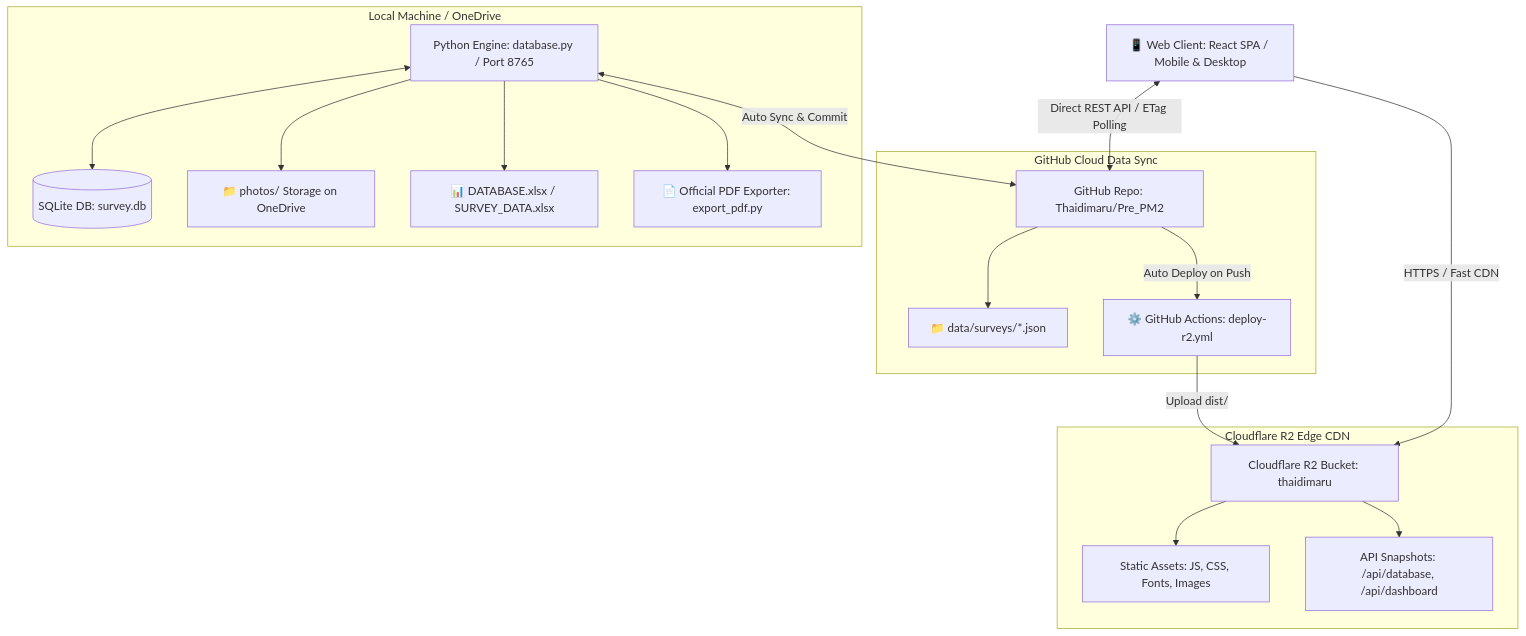
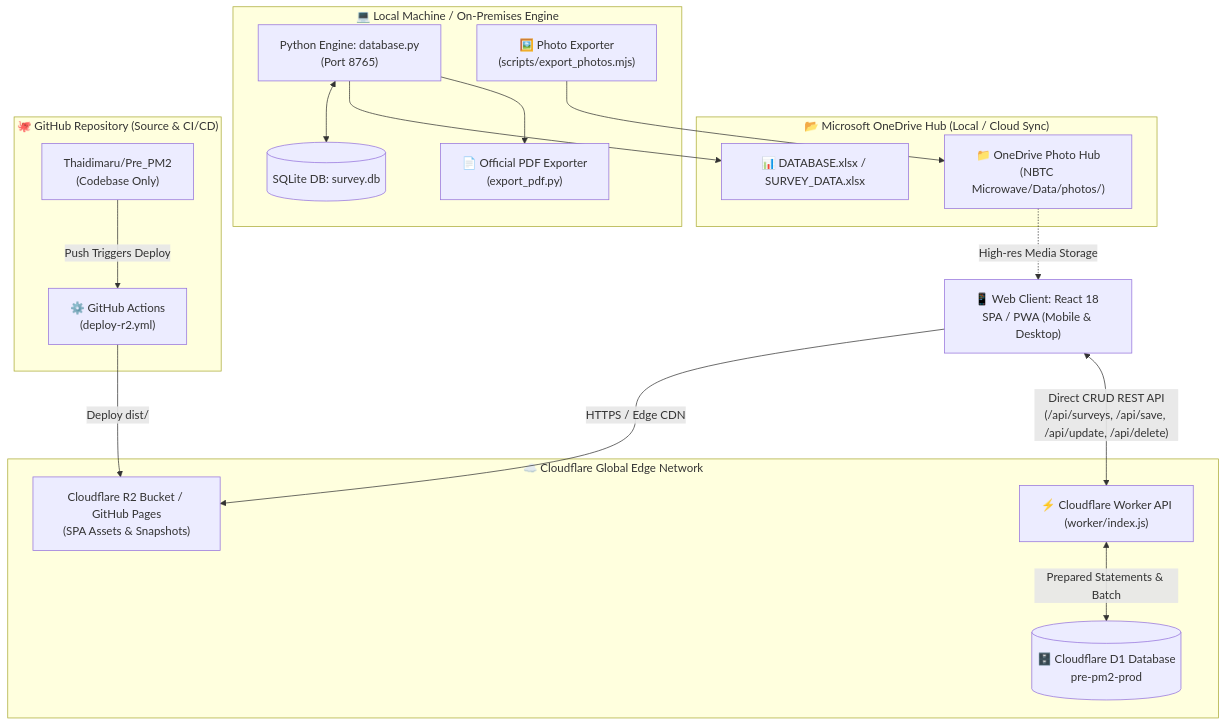
The diagram in README.md (EEMEEMMEEx/Pre_PM2), drawn with Mermaid before and after one commit. The commit also changed other lines of this file, not shown here.

Commit message:
docs(readme): update system architecture and commands for v2.15.0

````diff
--- a/README.md
+++ b/README.md
@@ -53,39 +64,43 @@
 ```mermaid
 graph TD
-    Client[📱 Web Client: React SPA / Mobile & Desktop]
-    
-    subgraph Cloudflare R2 Edge CDN
-        R2Bucket[Cloudflare R2 Bucket: thaidimaru]
-        R2Assets[Static Assets: JS, CSS, Fonts, Images]
-        R2Snapshots[API Snapshots: /api/database, /api/dashboard]
+    Client["📱 Web Client: React 18 SPA / PWA (Mobile & Desktop)"]
+
+    subgraph CloudflareEdge["☁️ Cloudflare Global Edge Network"]
+        R2Bucket["Cloudflare R2 Bucket / GitHub Pages<br/>(SPA Assets & Snapshots)"]
+        WorkerProxy["⚡ Cloudflare Worker API<br/>(worker/index.js)"]
+        D1DB[("🗄️ Cloudflare D1 Database<br/>pre-pm2-prod")]
     end
 
-    subgraph GitHub Cloud Data Sync
-        GHRepo[GitHub Repo: Thaidimaru/Pre_PM2]
-        GHSurveys[📁 data/surveys/*.json]
-        GHActions[⚙️ GitHub Actions: deploy-r2.yml]
+    subgraph OneDriveStorage["📂 Microsoft OneDrive Hub (Local / Cloud Sync)"]
+        OneDrivePhotos["📁 OneDrive Photo Hub<br/>(NBTC Microwave/Data/photos/)"]
+        MasterExcel["📊 DATABASE.xlsx / SURVEY_DATA.xlsx"]
     end
 
-    subgraph Local Machine / OneDrive
-        PyServer[Python Engine: database.py / Port 8765]
-        SQLite[(SQLite DB: survey.db)]
-        PhotosDir[📁 photos/ Storage on OneDrive]
-        ExcelMaster[📊 DATABASE.xlsx / SURVEY_DATA.xlsx]
-        PDFGen[📄 Official PDF Exporter: export_pdf.py]
+    subgraph LocalEngine["💻 Local Machine / On-Premises Engine"]
+        PyServer["Python Engine: database.py<br/>(Port 8765)"]
+        SQLiteLocal[("SQLite DB: survey.db")]
+        PDFGen["📄 Official PDF Exporter<br/>(export_pdf.py)"]
+        PhotoExporter["🖼️ Photo Exporter<br/>(scripts/export_photos.mjs)"]
     end
 
-    Client -->|HTTPS / Fast CDN| R2Bucket
-    R2Bucket --> R2Assets
-    R2Bucket --> R2Snapshots
+    subgraph GitHubRepo["🐙 GitHub Repository (Source & CI/CD)"]
+        GHSource["Thaidimaru/Pre_PM2<br/>(Codebase Only)"]
+        GHActions["⚙️ GitHub Actions<br/>(deploy-r2.yml)"]
+    end
 
-    Client <-->|Direct REST API / ETag Polling| GHRepo
-    GHRepo --> GHSurveys
-    GHRepo -->|Auto Deploy on Push| GHActions
-    GHActions -->|Upload dist/| R2Bucket
+    %% Client Interactions
+    Client -->|"HTTPS / Edge CDN"| R2Bucket
+    Client <-->|"Direct CRUD REST API<br/>(/api/surveys, /api/save, /api/update, /api/delete)"| WorkerProxy
+    WorkerProxy <-->|"Prepared Statements & Batch"| D1DB
 
-    PyServer <-->|Auto Sync & Commit| GHRepo
-    PyServer <--> SQLite
-    PyServer --> PhotosDir
-    PyServer --> ExcelMaster
+    %% OneDrive & Local
+    OneDrivePhotos -.->|"High-res Media Storage"| Client
+    PyServer <--> SQLiteLocal
+    PyServer --> MasterExcel
     PyServer --> PDFGen
+    PhotoExporter --> OneDrivePhotos
+
+    %% Git / CI
+    GHSource -->|"Push Triggers Deploy"| GHActions
+    GHActions -->|"Deploy dist/"| R2Bucket
 ```
````
